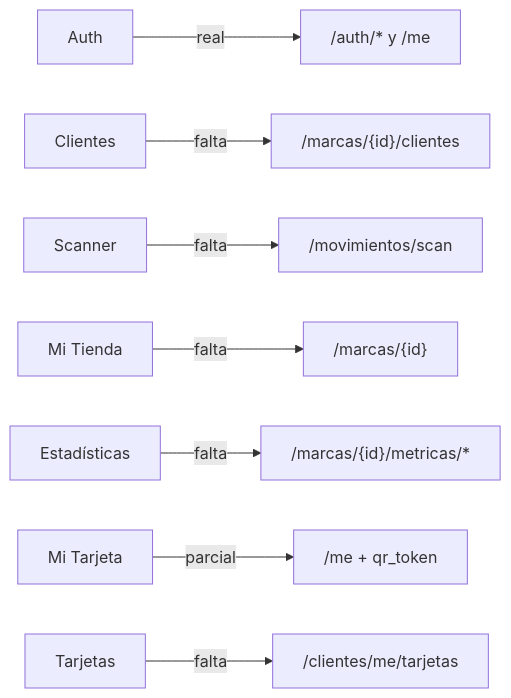
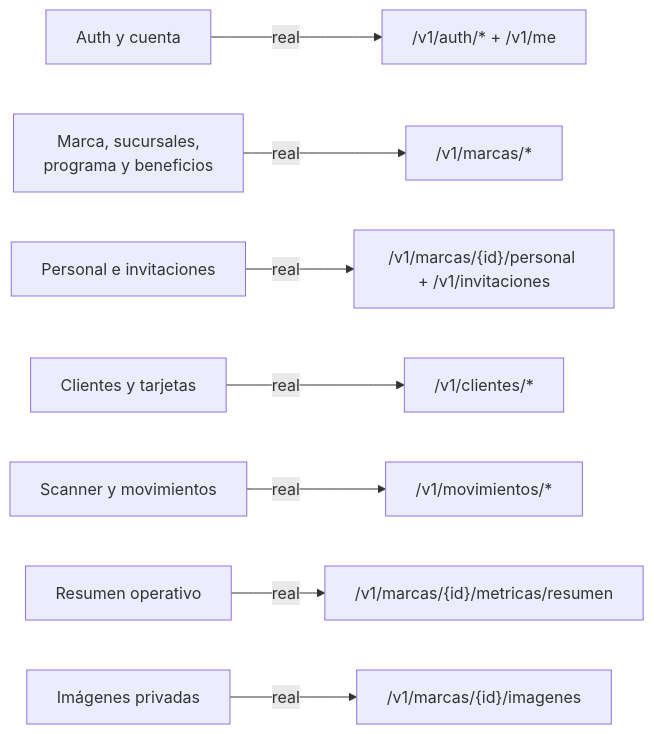
The diagram in docs/data/03-integration-matrix.md (gagonzalez1/puntazo-docs), drawn with Mermaid before and after one commit. The commit also changed other lines of this file, not shown here.

````diff
--- a/docs/data/03-integration-matrix.md
+++ b/docs/data/03-integration-matrix.md
@@ -15,18 +16,18 @@
 ```mermaid
 flowchart LR
-    AUTH["Auth"] -->|"real"| AUTHAPI["/auth/* y /me"]
-    CUSTOMERS["Clientes"] -->|"falta"| CLIENTAPI["/marcas/{id}/clientes"]
-    SCAN["Scanner"] -->|"falta"| MOVEAPI["/movimientos/scan"]
-    PROFILE["Mi Tienda"] -->|"falta"| BRANDAPI["/marcas/{id}"]
-    ANALYTICS["Estadísticas"] -->|"falta"| METRICAPI["/marcas/{id}/metricas/*"]
-    QR["Mi Tarjeta"] -->|"parcial"| ME["/me + qr_token"]
-    CARDS["Tarjetas"] -->|"falta"| CARDAPI["/clientes/me/tarjetas"]
+    AUTH["Auth y cuenta"] -->|"real"| AUTHAPI["/v1/auth/* + /v1/me"]
+    COMMERCIAL["Marca, sucursales,
+programa y beneficios"] -->|"real"| BRANDAPI["/v1/marcas/*"]
+    STAFF["Personal e invitaciones"] -->|"real"| STAFFAPI["/v1/marcas/{id}/personal + /v1/invitaciones"]
+    CUSTOMERS["Clientes y tarjetas"] -->|"real"| CUSTOMERAPI["/v1/clientes/*"]
+    SCAN["Scanner y movimientos"] -->|"real"| MOVEAPI["/v1/movimientos/*"]
+    ANALYTICS["Resumen operativo"] -->|"real"| METRICAPI["/v1/marcas/{id}/metricas/resumen"]
+    MEDIA["Imágenes privadas"] -->|"real"| MEDIAAPI["/v1/marcas/{id}/imagenes"]
 
     click AUTH href "#/flow-auth" "Ver autenticación"
-    click CUSTOMERS href "#/flow-merchant-customers" "Ver Clientes"
-    click SCAN href "#/flow-merchant-scanner" "Ver Scanner"
-    click PROFILE href "#/flow-merchant-profile" "Ver perfil"
+    click COMMERCIAL href "#/flow-merchant-profile" "Ver configuración comercial"
+    click STAFF href "#/merchant-flows" "Ver personal"
+    click CUSTOMERS href "#/flow-merchant-customers" "Ver clientes"
+    click SCAN href "#/flow-merchant-scanner" "Ver scanner"
     click ANALYTICS href "#/flow-merchant-analytics" "Ver analíticas"
-    click QR href "#/flow-customer-passport" "Ver QR"
-    click CARDS href "#/flow-customer-cards" "Ver tarjetas"
 ```
````
